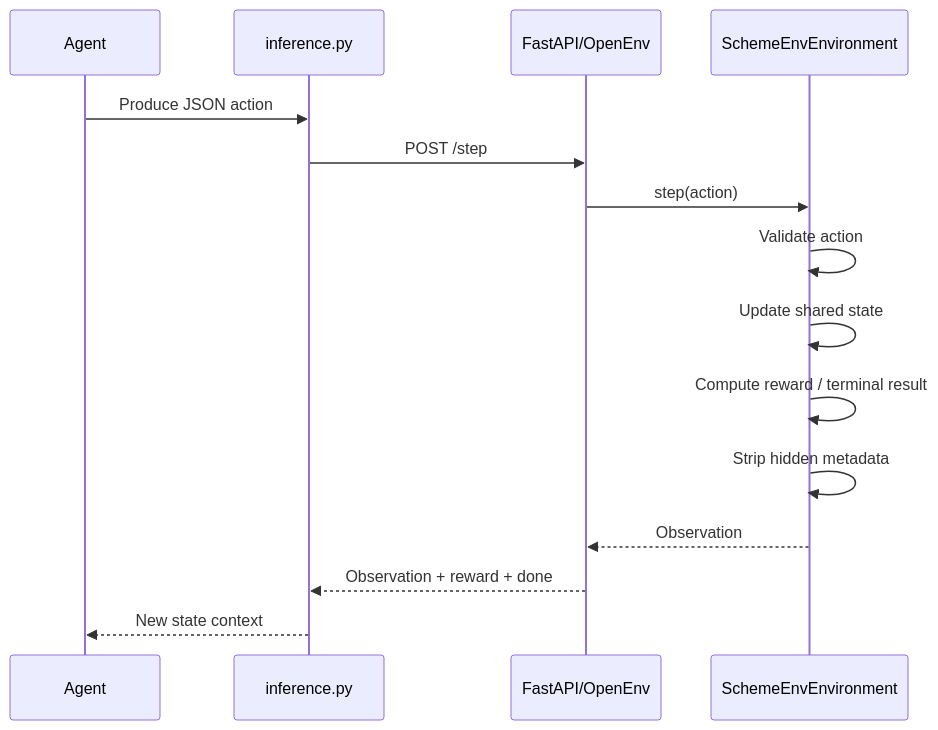
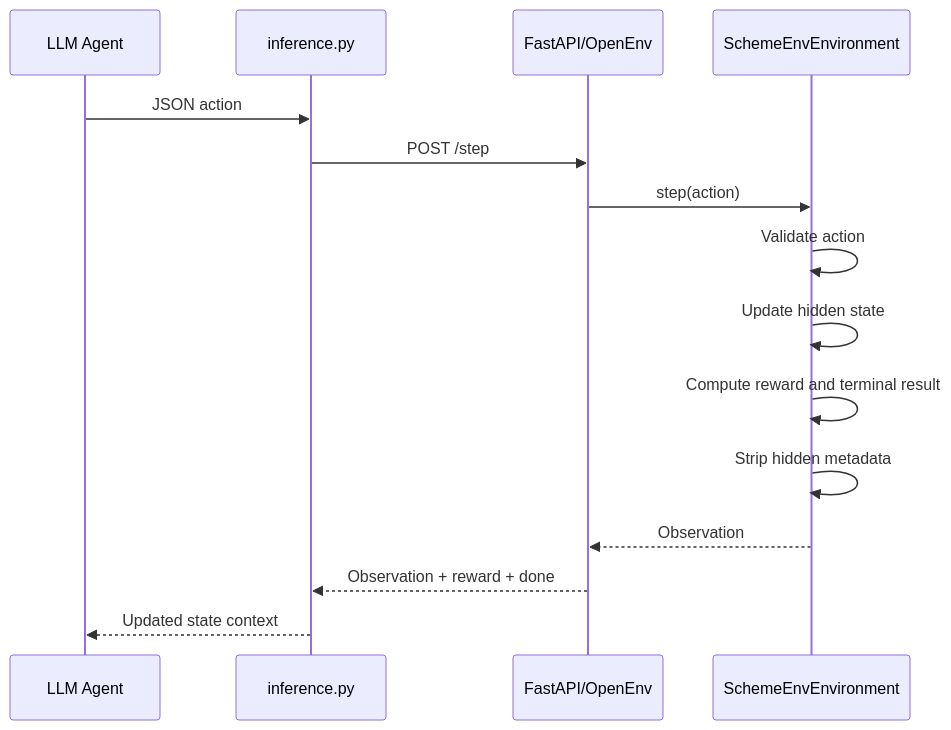
Before and after one commit to HeetRanpura/rl-agent: the second of 5 diagrams in README.md, drawn with Mermaid. The commit also changed other lines of this file and 20 other files, not shown here.

````diff
--- a/README.md
+++ b/README.md
@@ -418,18 +185,18 @@
 ```mermaid
 sequenceDiagram
-    participant Agent
+    participant Agent as LLM Agent
     participant Runner as inference.py
-    participant Server as FastAPI/OpenEnv
+    participant API as FastAPI/OpenEnv
     participant Env as SchemeEnvEnvironment
 
-    Agent->>Runner: Produce JSON action
-    Runner->>Server: POST /step
-    Server->>Env: step(action)
+    Agent->>Runner: JSON action
+    Runner->>API: POST /step
+    API->>Env: step(action)
     Env->>Env: Validate action
-    Env->>Env: Update shared state
-    Env->>Env: Compute reward / terminal result
+    Env->>Env: Update hidden state
+    Env->>Env: Compute reward and terminal result
     Env->>Env: Strip hidden metadata
-    Env-->>Server: Observation
-    Server-->>Runner: Observation + reward + done
-    Runner-->>Agent: New state context
+    Env-->>API: Observation
+    API-->>Runner: Observation + reward + done
+    Runner-->>Agent: Updated state context
 ```
````
